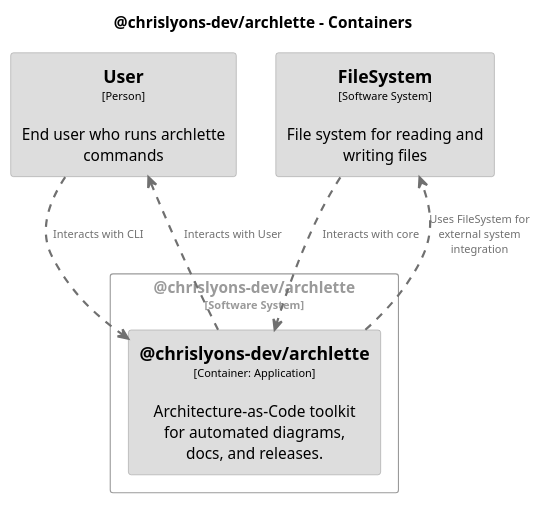
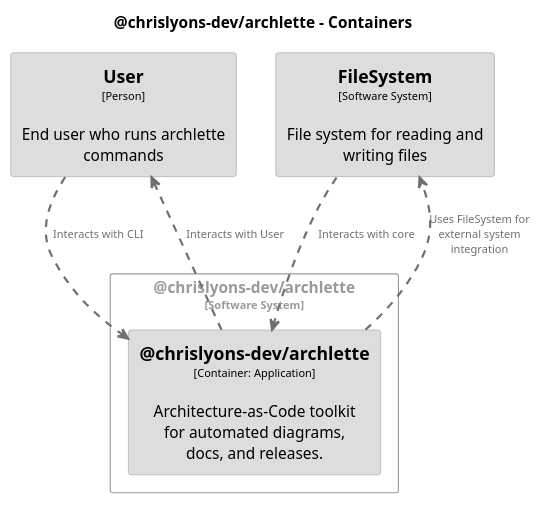
Before and after one commit to chrislyons-dev/archlette: the diagram in docs/architecture/diagrams/plantuml/structurizr-Containers.puml, drawn with PlantUML. The commit also changed other lines of this file and 37 other files, not shown here.

```diff
--- a/docs/architecture/diagrams/plantuml/structurizr-Containers.puml
+++ b/docs/architecture/diagrams/plantuml/structurizr-Containers.puml
@@ -1,53 +1,53 @@
 @startuml
 set separator none
 title @chrislyons-dev/archlette - Containers
 
 top to bottom direction
 skinparam ranksep 60
 skinparam nodesep 30
 
 skinparam {
   arrowFontSize 10
   defaultTextAlignment center
   wrapWidth 200
   maxMessageSize 100
 }
 
 hide stereotype
 
 skinparam rectangle<<chrislyonsdevarchlette.chrislyonsdevarchlette>> {
   BackgroundColor #dddddd
   FontColor #000000
   BorderColor #9a9a9a
   shadowing false
 }
 skinparam rectangle<<FileSystem>> {
   BackgroundColor #dddddd
   FontColor #000000
   BorderColor #9a9a9a
   shadowing false
 }
 skinparam rectangle<<User>> {
   BackgroundColor #dddddd
   FontColor #000000
   BorderColor #9a9a9a
   shadowing false
 }
 skinparam rectangle<<chrislyonsdevarchlette>> {
   BorderColor #9a9a9a
   FontColor #9a9a9a
   shadowing false
 }
 
 rectangle "==User\n<size:10>[Person]</size>\n\nEnd user who runs archlette commands" <<User>> as User
 rectangle "==FileSystem\n<size:10>[Software System]</size>\n\nFile system for reading and writing files" <<FileSystem>> as FileSystem
 
 rectangle "@chrislyons-dev/archlette\n<size:10>[Software System]</size>" <<chrislyonsdevarchlette>> {
   rectangle "==@chrislyons-dev/archlette\n<size:10>[Container: Application]</size>\n\nArchitecture-as-Code toolkit for automated diagrams, docs, and releases." <<chrislyonsdevarchlette.chrislyonsdevarchlette>> as chrislyonsdevarchlette.chrislyonsdevarchlette
 }
 
+chrislyonsdevarchlette.chrislyonsdevarchlette .[#707070,thickness=2].> FileSystem : "<color:#707070>Uses FileSystem for external system integration"
 User .[#707070,thickness=2].> chrislyonsdevarchlette.chrislyonsdevarchlette : "<color:#707070>Interacts with CLI"
 FileSystem .[#707070,thickness=2].> chrislyonsdevarchlette.chrislyonsdevarchlette : "<color:#707070>Interacts with core"
 chrislyonsdevarchlette.chrislyonsdevarchlette .[#707070,thickness=2].> User : "<color:#707070>Interacts with User"
-chrislyonsdevarchlette.chrislyonsdevarchlette .[#707070,thickness=2].> FileSystem : "<color:#707070>Uses FileSystem for external system integration"
 @enduml
```
